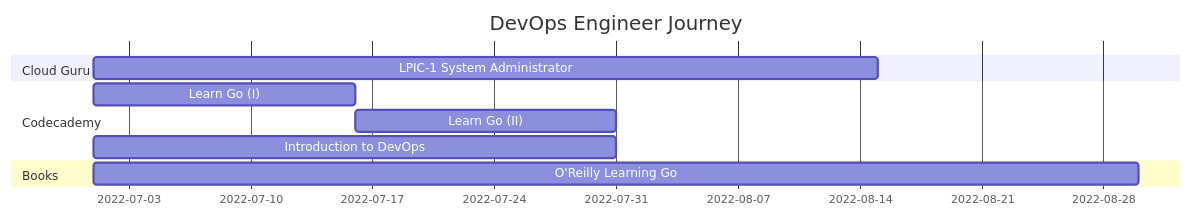
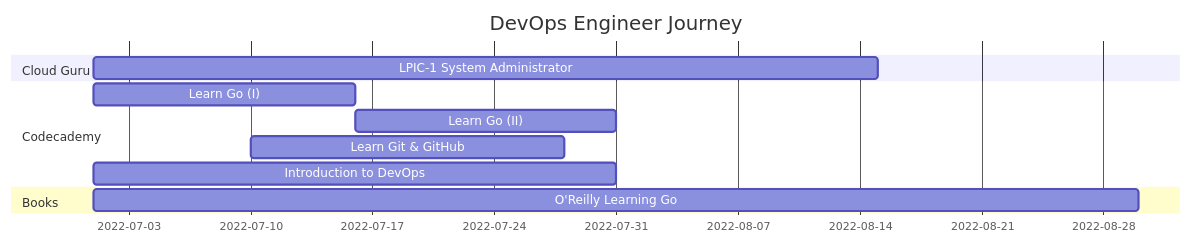
The diagram in README.md (HorningGit/Rayquaza_Resources), drawn with Mermaid before and after one commit.

````diff
--- a/README.md
+++ b/README.md
@@ -3,13 +3,15 @@
 ```mermaid
 gantt
     title DevOps Engineer Journey
     dateFormat  YYYY-MM-DD
     section Cloud Guru
     LPIC-1 System Administrator    :a1, 2022-07-01, 45d
     section Codecademy
     Learn Go (I)        :a1, 2022-07-01, 15d
     Learn Go (II)        :a2, 2022-07-16, 15d
+    Learn Git & GitHub        :a1, 2022-07-10, 18d
+
     Introduction to DevOps        :a3, 2022-07-01, 30d
     section Books
     O'Reilly Learning Go        :a1, 2022-07-01, 60d
 ```
````
